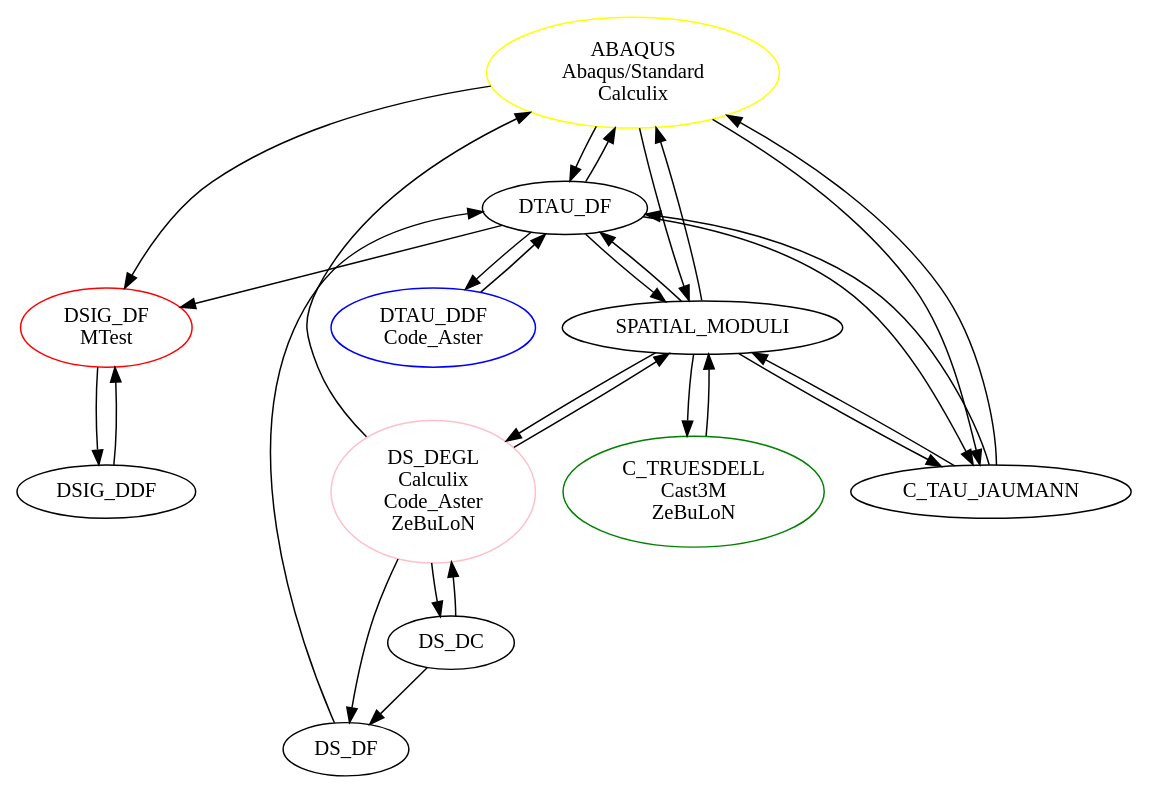
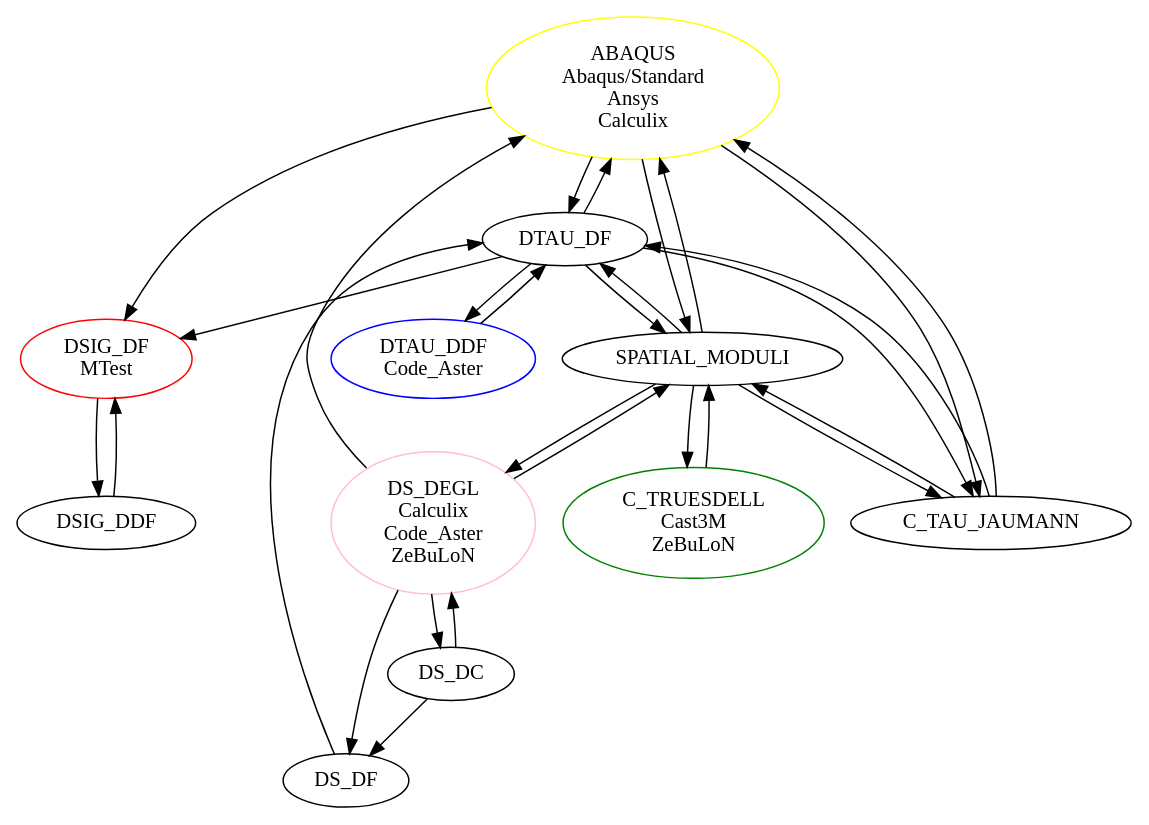
Before and after one commit to thelfer/tfel: the diagram in docs/web/img/FiniteStrainTangentOperatorConvertion.dot, drawn with Graphviz. The commit also changed 119 other files, not shown here.

Commit message:
Initial work on the Ansys interface (experimental status). Fix PlaneStrain support in mtest/src/AbaqusSmallStrainBehaviour.cxx. Fix Makefile.am in tfel-check/tests/pass and tfel-check/tests/xfail.

```diff
--- a/docs/web/img/FiniteStrainTangentOperatorConvertion.dot
+++ b/docs/web/img/FiniteStrainTangentOperatorConvertion.dot
@@ -1,36 +1,36 @@
 digraph tangent_operator_converter {
   graph [size="800"]
   DSIG_DF     [label="DSIG_DF\nMTest",color=red];
   C_TRUESDELL [label="C_TRUESDELL\nCast3M\nZeBuLoN",color=green];
   DTAU_DDF    [label="DTAU_DDF\nCode_Aster",color=blue];
-  ABAQUS      [label="ABAQUS\nAbaqus/Standard\nCalculix",color=yellow];
+  ABAQUS      [label="ABAQUS\nAbaqus/Standard\nAnsys\nCalculix",color=yellow];
   DS_DEGL     [label="DS_DEGL\nCalculix\nCode_Aster\nZeBuLoN",color=pink];
   DS_DF -> DTAU_DF;
   DTAU_DF -> C_TAU_JAUMANN;
   DTAU_DF -> SPATIAL_MODULI;
   DTAU_DF -> ABAQUS;
   DTAU_DF -> DSIG_DF;
   DTAU_DF -> DTAU_DDF;
   DTAU_DDF -> DTAU_DF;
   SPATIAL_MODULI -> C_TRUESDELL;
   SPATIAL_MODULI -> ABAQUS;
   SPATIAL_MODULI -> DS_DEGL;
   SPATIAL_MODULI -> DTAU_DF;
   SPATIAL_MODULI -> C_TAU_JAUMANN;
   DSIG_DF -> DSIG_DDF;
   DSIG_DDF -> DSIG_DF;
   DS_DEGL -> DS_DC;
   DS_DEGL -> SPATIAL_MODULI;
   DS_DEGL -> ABAQUS;
   DS_DEGL -> DS_DF;
   DS_DC -> DS_DF;
   DS_DC -> DS_DEGL;
   C_TRUESDELL -> SPATIAL_MODULI;
   ABAQUS -> SPATIAL_MODULI;
   ABAQUS -> C_TAU_JAUMANN;
   ABAQUS -> DSIG_DF;
   ABAQUS -> DTAU_DF;
   C_TAU_JAUMANN -> ABAQUS;
   C_TAU_JAUMANN -> DTAU_DF;
   C_TAU_JAUMANN -> SPATIAL_MODULI;
 }
```
